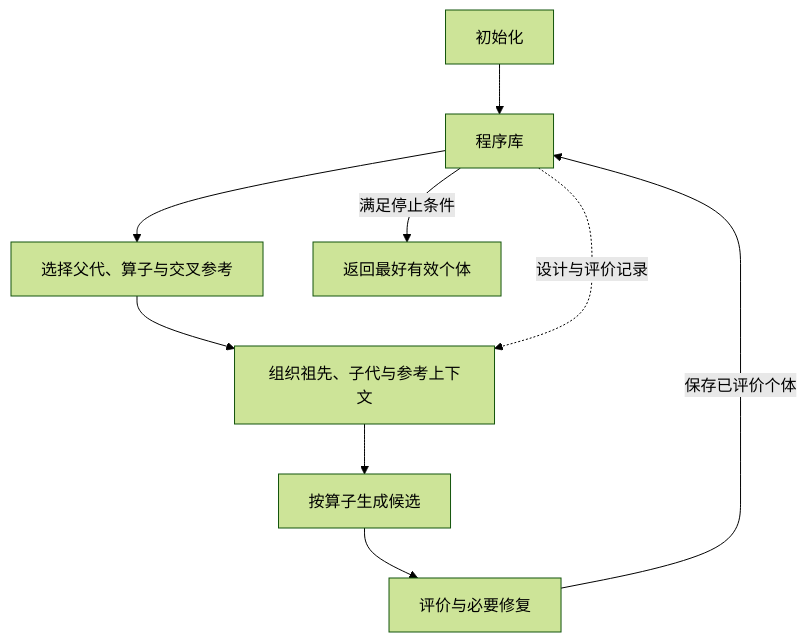
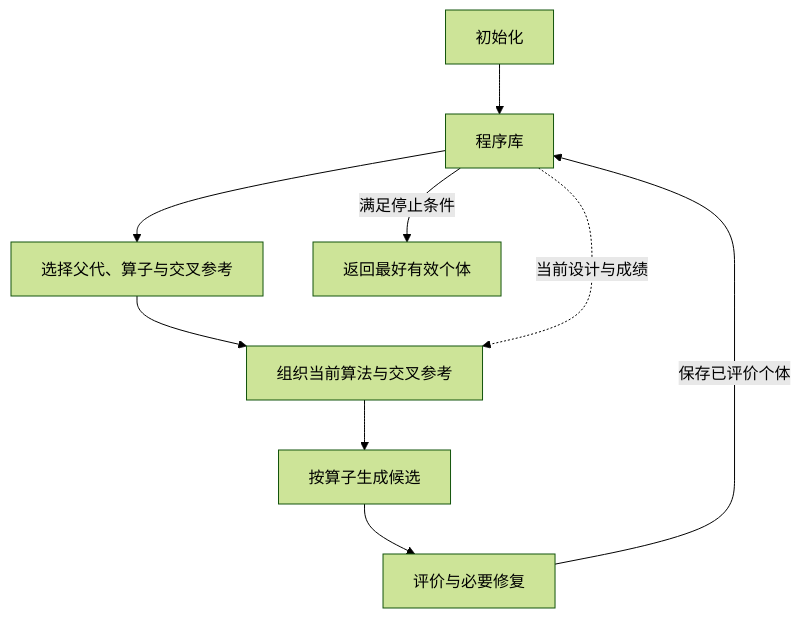
Before and after one commit to Fangziyang0910/TraceAAD: the first of 2 diagrams in docs/TraceAAD-Base.md, drawn with Mermaid (forest theme). The commit also changed other lines of this file and 90 other files, not shown here.

````diff
--- a/docs/TraceAAD-Base.md
+++ b/docs/TraceAAD-Base.md
@@ -9,11 +11,11 @@
 ```mermaid
 flowchart TD
     I["初始化"] --> A["程序库"]
     A --> S["选择父代、算子与交叉参考"]
-    S --> H["组织祖先、子代与参考上下文"]
-    A -. 设计与评价记录 .-> H
+    S --> H["组织当前算法与交叉参考"]
+    A -. 当前设计与成绩 .-> H
     H --> G["按算子生成候选"]
     G --> E["评价与必要修复"]
     E -->|保存已评价个体| A
     A -->|满足停止条件| R["返回最好有效个体"]
 ```
````
